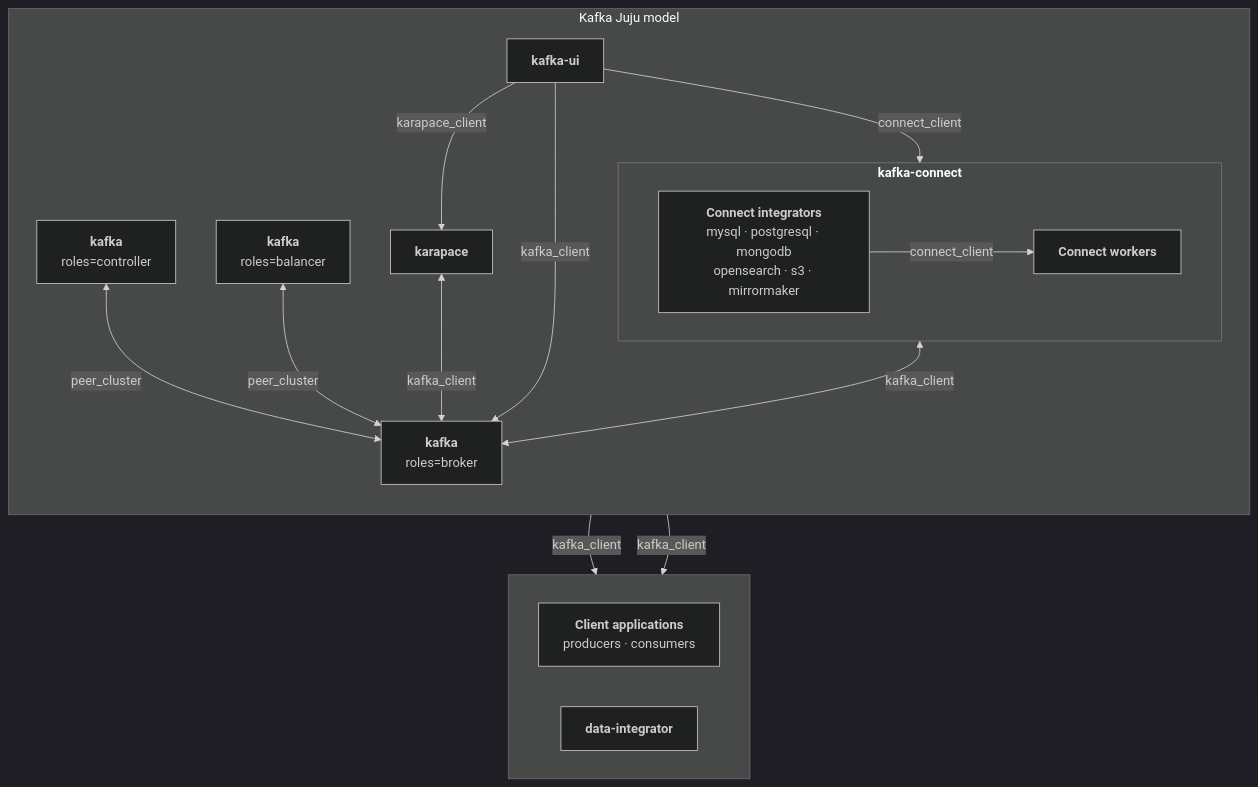
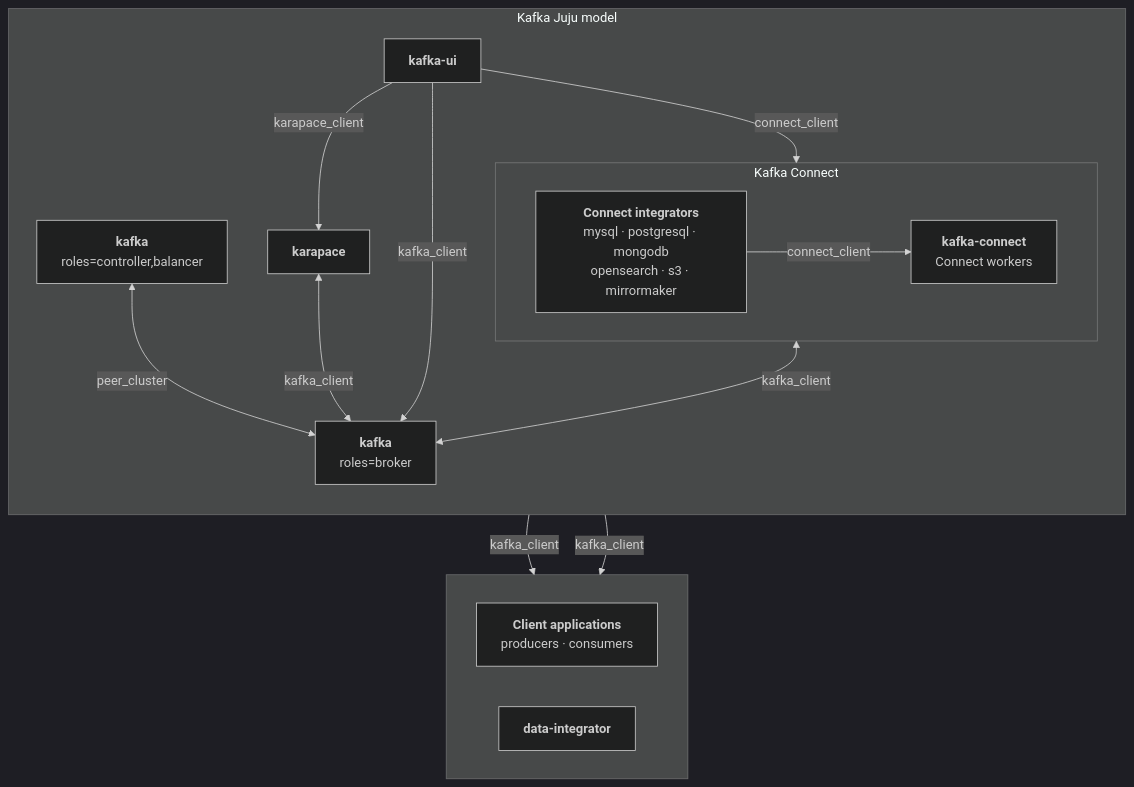
The diagram in docs/explanation/components.md (canonical/kafka-operator), drawn with Mermaid (dark theme) before and after one commit. The commit also changed other lines of this file, not shown here.

````diff
--- a/docs/explanation/components.md
+++ b/docs/explanation/components.md
@@ -109,36 +109,34 @@
 ```{mermaid}
 flowchart TB
     subgraph kafka-model["Kafka Juju model"]
         direction TB
 
         broker["<b>kafka</b><br>roles=broker"]
-        kraft["<b>kafka</b><br>roles=controller"]
-        balancer["<b>kafka</b><br>roles=balancer"]
+        kraft["<b>kafka</b><br>roles=controller,balancer"]
 
-        subgraph connect["<b>kafka-connect</b>"]
+        subgraph connect["Kafka Connect"]
             direction LR
-            workers["<b>Connect workers</b>"]
+            workers["<b>kafka-connect</b><br>Connect workers"]
             integrators["<b>Connect integrators</b><br>mysql · postgresql · mongodb<br>opensearch · s3 · mirrormaker"]
         end
 
         karapace["<b>karapace</b>"]
         ui["<b>kafka-ui</b>"]
     end
 
     subgraph clients[" "]
         direction LR
         client["<b>Client applications</b><br>producers · consumers"]
         di["<b>data-integrator</b>"]
     end
 
     broker -->|"kafka_client"| client
     broker -->|"kafka_client"| di
     kraft <-->|"peer_cluster"| broker
-    balancer <-->|"peer_cluster"| broker
     workers <-->|"kafka_client"| broker
     integrators -->|"connect_client"| workers
     karapace <-->|"kafka_client"| broker
     ui -->|"kafka_client"| broker
     ui -->|"karapace_client"| karapace
     ui -->|"connect_client"| workers
 ```
````
